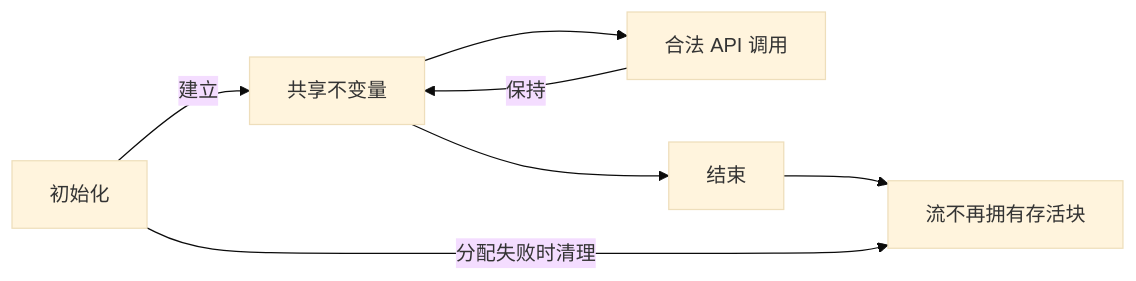
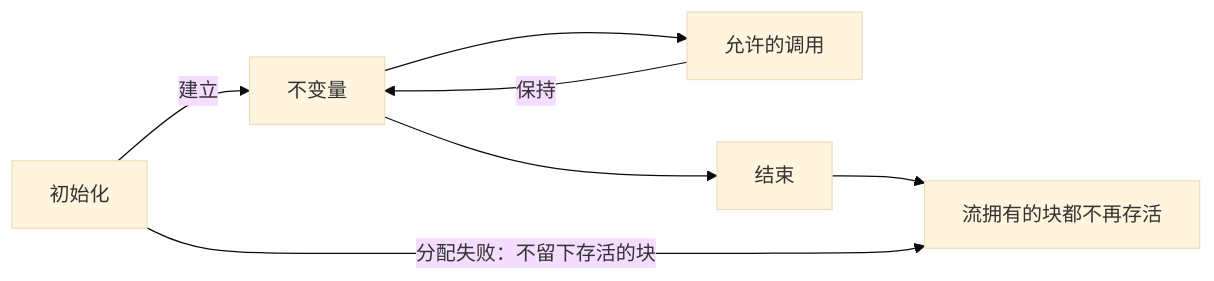
The second of 2 diagrams in docs/spec/safety.zh.md (cla7aye15I4nd/oss-proof), drawn with Mermaid (base theme) before and after one commit. The commit also changed other lines of this file and 843 other files, not shown here.

````diff
--- a/docs/spec/safety.zh.md
+++ b/docs/spec/safety.zh.md
@@ -71,9 +223,9 @@
 ```mermaid
 flowchart LR
-    I[初始化] -->|建立| V[共享不变量]
-    V --> A[合法 API 调用]
+    I[初始化] -->|建立| V[不变量]
+    V --> A[允许的调用]
     A -->|保持| V
     V --> E[结束]
-    E --> Z[流不再拥有存活块]
-    I -->|分配失败时清理| Z
+    E --> Z[流拥有的块都不再存活]
+    I -->|分配失败：不留下存活的块| Z
 ```
````
